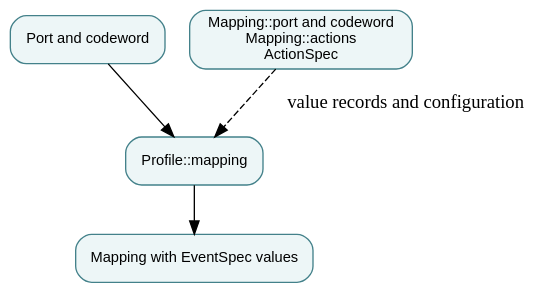
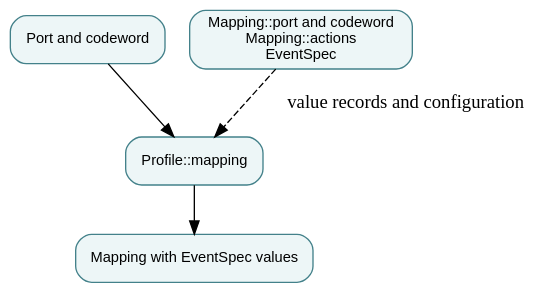
The diagram in docs/modules/port-codeword-and-waveform-map.md (qsbit-org/qsbit-sim), drawn with Graphviz before and after one commit. The commit also changed other lines of this file and 44 other files, not shown here.

````diff
--- a/docs/modules/port-codeword-and-waveform-map.md
+++ b/docs/modules/port-codeword-and-waveform-map.md
@@ -16,11 +16,11 @@
 ```{graphviz}
 digraph module {
   rankdir=TB; bgcolor="transparent";
   node [shape=box, style="rounded,filled", fillcolor="#edf6f7", color="#43818a", fontname="sans-serif", fontsize=11];
   input [label="Port and codeword"];
   owner [label="Profile::mapping"];
-  state [label="Mapping::port and codeword\nMapping::actions\nActionSpec"];
+  state [label="Mapping::port and codeword\nMapping::actions\nEventSpec"];
   output [label="Mapping with EventSpec values"];
   input -> owner; owner -> output; state -> owner [style=dashed, label="value records and configuration"];
 }
 ```
````
